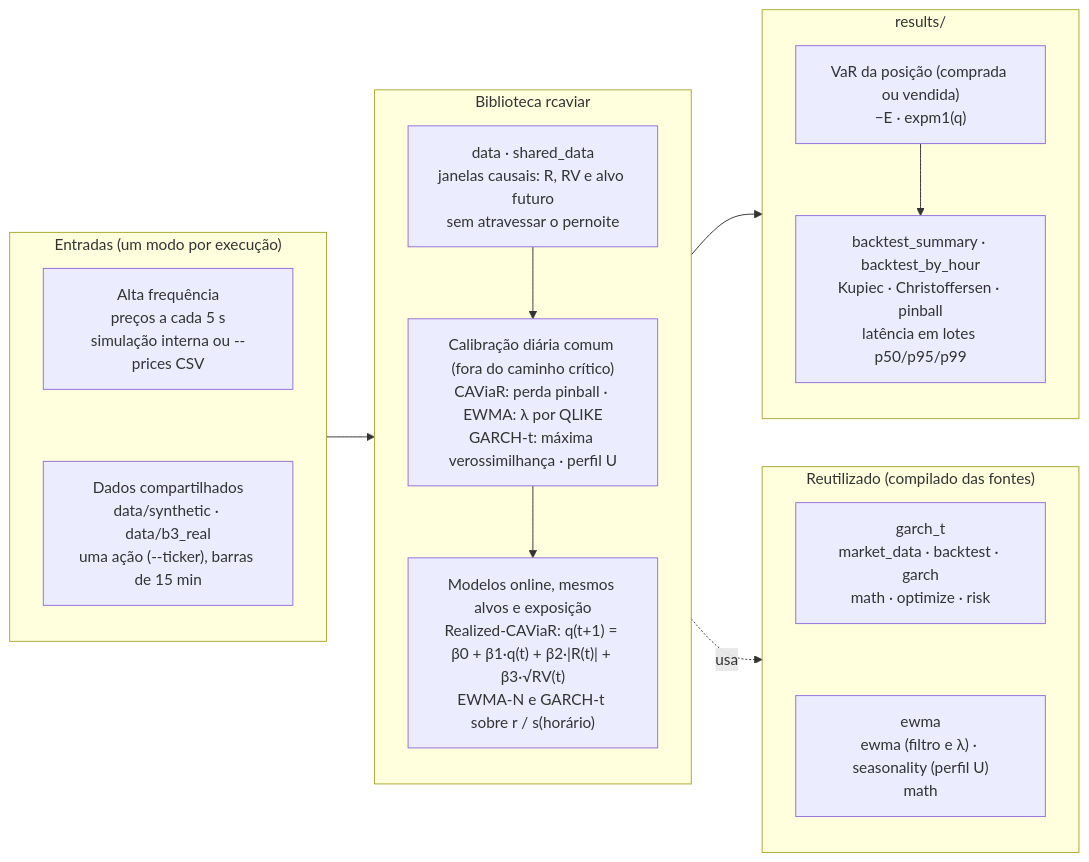
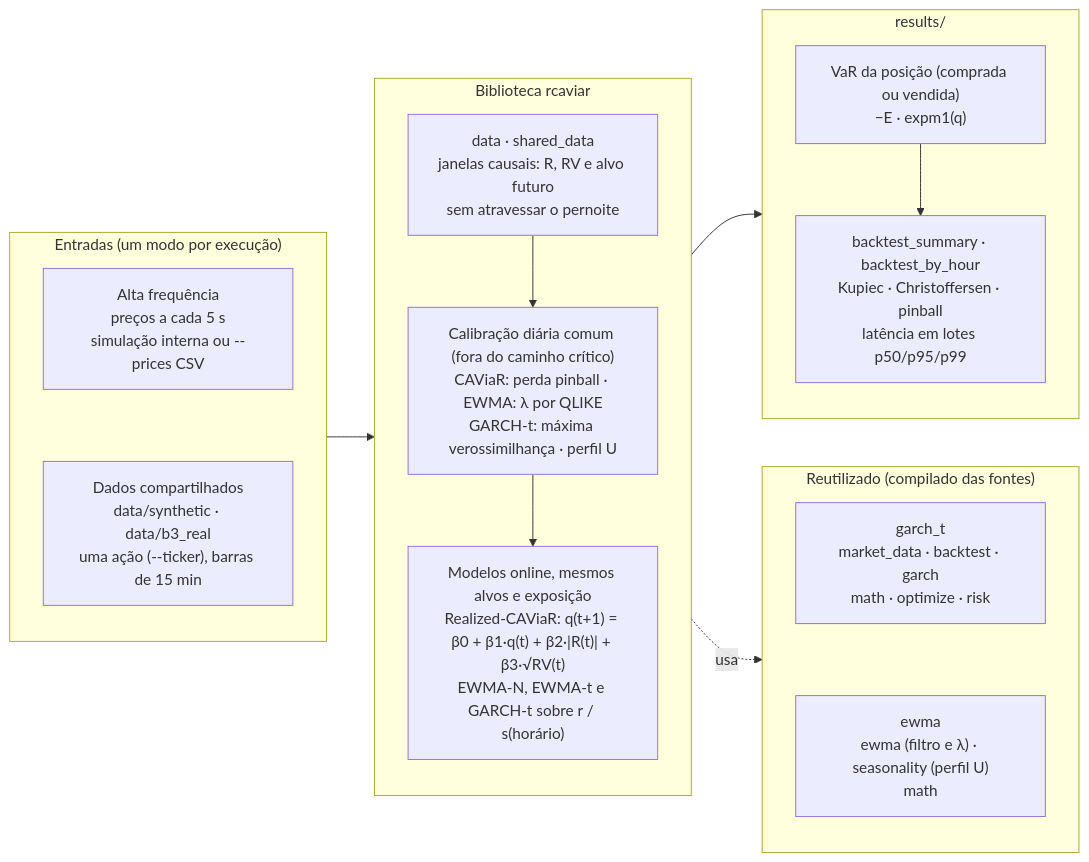
The diagram in architecture/05_realized_caviar.mmd (gustavoscardino/intraday-risk-engine), drawn with Mermaid before and after one commit. The commit also changed 15 other files, not shown here.

First line of the commit message:
Store the dashboard engine package byte for byte; portable editor setting; four models in the architecture

```diff
--- a/architecture/05_realized_caviar.mmd
+++ b/architecture/05_realized_caviar.mmd
@@ -1,32 +1,32 @@
 flowchart LR
     subgraph Entrada["Entradas (um modo por execução)"]
         direction TB
         HF["Alta frequência<br/>preços a cada 5 s<br/>simulação interna ou --prices CSV"]
         SH["Dados compartilhados<br/>data/synthetic · data/b3_real<br/>uma ação (--ticker), barras de 15 min"]
         HF ~~~ SH
     end
 
     subgraph Lib["Biblioteca rcaviar"]
         direction TB
         DA["data · shared_data<br/>janelas causais: R, RV e alvo futuro<br/>sem atravessar o pernoite"]
         CAL["Calibração diária comum (fora do caminho crítico)<br/>CAViaR: perda pinball · EWMA: λ por QLIKE<br/>GARCH-t: máxima verossimilhança · perfil U"]
-        FL["Modelos online, mesmos alvos e exposição<br/>Realized-CAViaR: q(t+1) = β0 + β1·q(t) + β2·|R(t)| + β3·√RV(t)<br/>EWMA-N e GARCH-t sobre r / s(horário)"]
+        FL["Modelos online, mesmos alvos e exposição<br/>Realized-CAViaR: q(t+1) = β0 + β1·q(t) + β2·|R(t)| + β3·√RV(t)<br/>EWMA-N, EWMA-t e GARCH-t sobre r / s(horário)"]
         DA --> CAL --> FL
     end
 
     subgraph Reuso["Reutilizado (compilado das fontes)"]
         direction TB
         GT["garch_t<br/>market_data · backtest · garch<br/>math · optimize · risk"]
         EW["ewma<br/>ewma (filtro e λ) · seasonality (perfil U)<br/>math"]
         GT ~~~ EW
     end
 
     subgraph Saida["results/"]
         direction TB
         VAR["VaR da posição (comprada ou vendida)<br/>−E · expm1(q)"]
         OUT["backtest_summary · backtest_by_hour<br/>Kupiec · Christoffersen · pinball<br/>latência em lotes p50/p95/p99"]
         VAR --> OUT
     end
 
     Entrada --> Lib --> Saida
     Lib -. usa .-> Reuso
```
